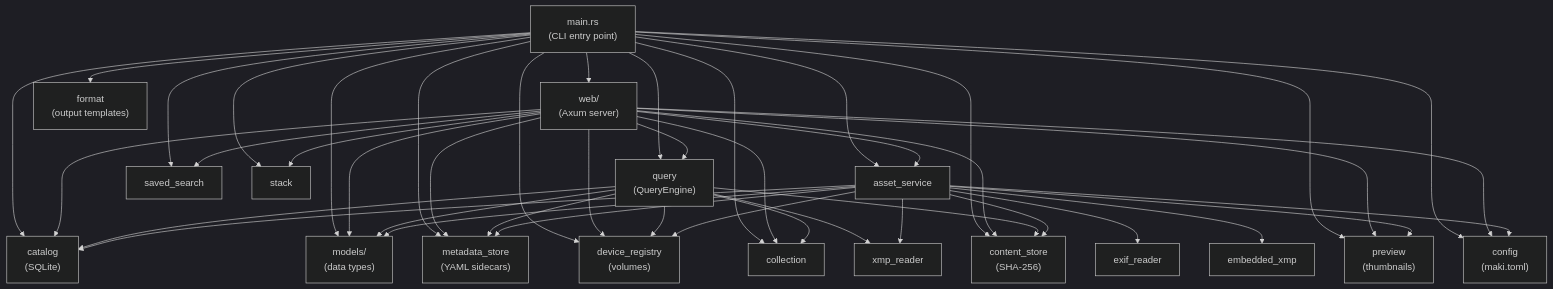
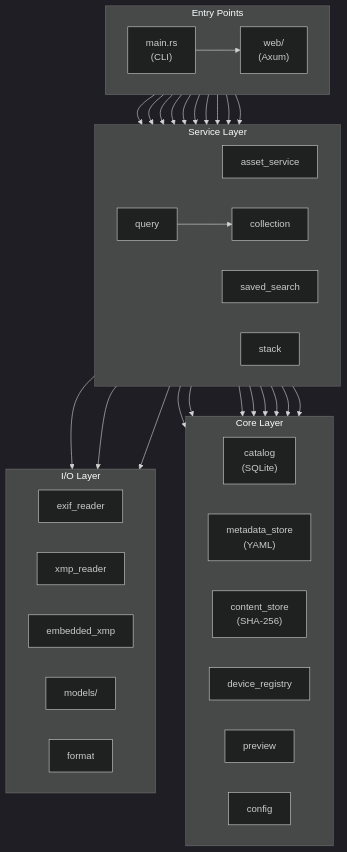
Before and after one commit to thoherr/maki: the diagram in doc/manual/developer/02-module-reference.md, drawn with Mermaid (dark theme). The commit also changed other lines of this file and 1 other file, not shown here.

Commit message:
Improve module reference: layered dependency graph, wider Purpose column
Dependency graph: restructure into 4 layers (Entry, Services, Core, IO)
with simplified edges. Reduces width and improves readability.
Module table: adjust separator dash ratios so Purpose column gets
~70% of the width instead of equal thirds.

````diff
--- a/doc/manual/developer/02-module-reference.md
+++ b/doc/manual/developer/02-module-reference.md
@@ -7,68 +7,42 @@
 ```mermaid
 graph TD
-    main["main.rs<br/>(CLI entry point)"]
-    web["web/<br/>(Axum server)"]
-    asset_service["asset_service"]
-    query["query<br/>(QueryEngine)"]
-    catalog["catalog<br/>(SQLite)"]
-    models["models/<br/>(data types)"]
-    content_store["content_store<br/>(SHA-256)"]
-    metadata_store["metadata_store<br/>(YAML sidecars)"]
-    device_registry["device_registry<br/>(volumes)"]
-    preview["preview<br/>(thumbnails)"]
-    exif_reader["exif_reader"]
-    xmp_reader["xmp_reader"]
-    embedded_xmp["embedded_xmp"]
-    config["config<br/>(maki.toml)"]
-    collection["collection"]
-    saved_search["saved_search"]
-    stack["stack"]
-    format["format<br/>(output templates)"]
+    subgraph Entry["Entry Points"]
+        direction LR
+        main["main.rs<br/>(CLI)"]
+        web["web/<br/>(Axum)"]
+    end
 
-    main --> query
-    main --> asset_service
-    main --> catalog
-    main --> config
-    main --> device_registry
-    main --> collection
-    main --> saved_search
-    main --> stack
-    main --> format
-    main --> web
-    main --> models
-    main --> content_store
-    main --> metadata_store
-    main --> preview
+    subgraph Services["Service Layer"]
+        direction LR
+        asset_service["asset_service"]
+        query["query"]
+        collection["collection"]
+        saved_search["saved_search"]
+        stack["stack"]
+    end
 
-    web --> catalog
-    web --> query
-    web --> models
-    web --> config
-    web --> device_registry
-    web --> collection
-    web --> saved_search
-    web --> stack
-    web --> asset_service
-    web --> content_store
-    web --> metadata_store
-    web --> preview
+    subgraph Core["Core Layer"]
+        direction LR
+        catalog["catalog<br/>(SQLite)"]
+        metadata_store["metadata_store<br/>(YAML)"]
+        content_store["content_store<br/>(SHA-256)"]
+        device_registry["device_registry"]
+        preview["preview"]
+        config["config"]
+    end
 
-    query --> catalog
-    query --> models
-    query --> metadata_store
-    query --> device_registry
-    query --> collection
-    query --> xmp_reader
-    query --> content_store
+    subgraph IO["I/O Layer"]
+        direction LR
+        exif_reader["exif_reader"]
+        xmp_reader["xmp_reader"]
+        embedded_xmp["embedded_xmp"]
+        models["models/"]
+        format["format"]
+    end
 
-    asset_service --> content_store
-    asset_service --> metadata_store
-    asset_service --> catalog
-    asset_service --> exif_reader
-    asset_service --> xmp_reader
-    asset_service --> embedded_xmp
-    asset_service --> preview
-    asset_service --> device_registry
-    asset_service --> models
-    asset_service --> config
+    main --> asset_service & query & collection & saved_search & stack & web
+    web --> asset_service & query & collection & saved_search & stack
+    asset_service --> catalog & metadata_store & content_store & preview & device_registry
+    asset_service --> exif_reader & xmp_reader & embedded_xmp
+    query --> catalog & metadata_store & device_registry & collection
 ```
````
